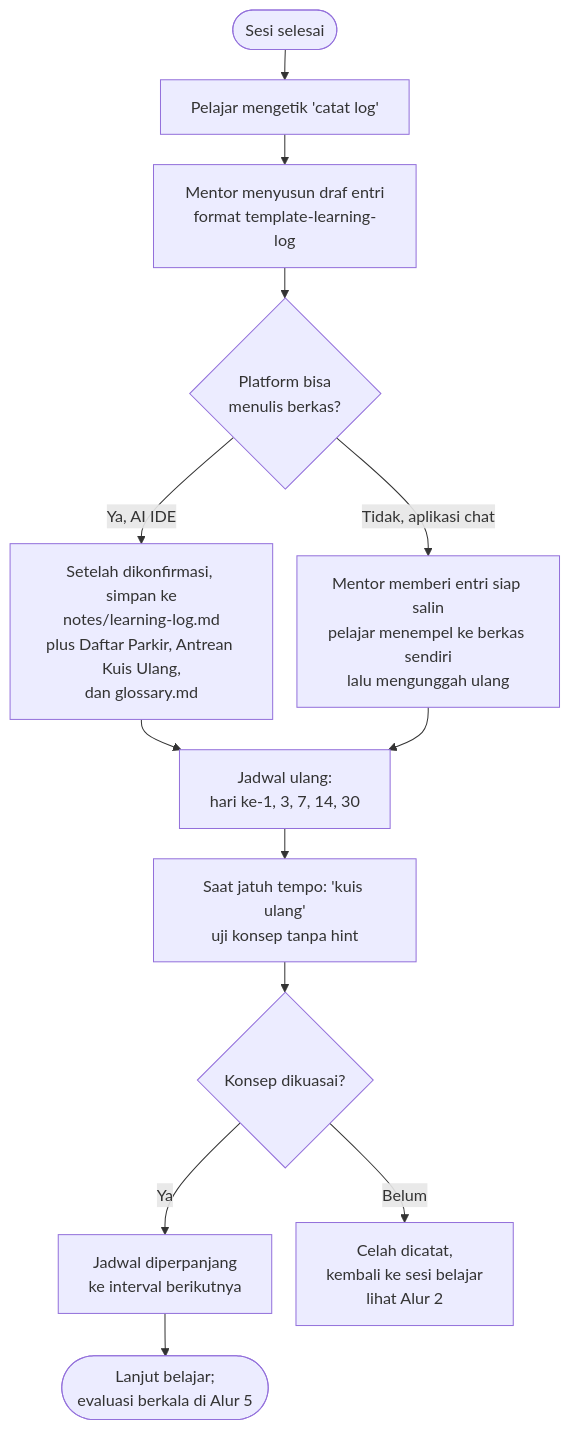
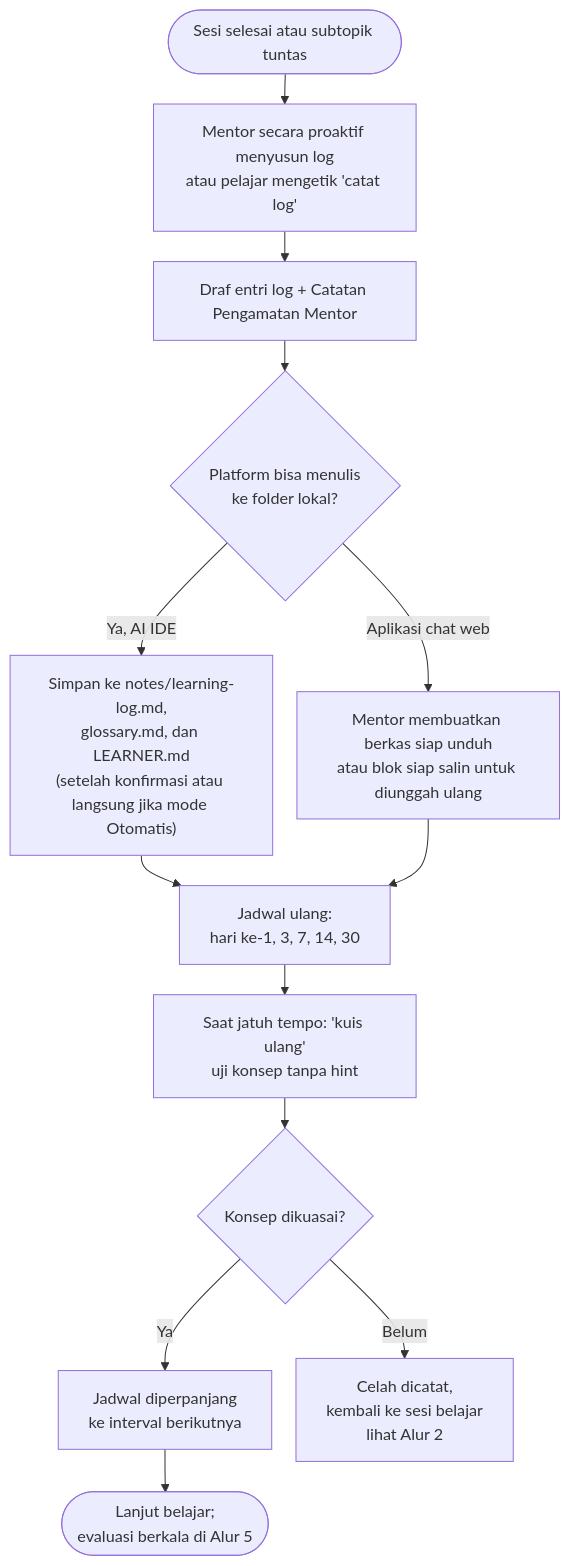
One commit to Raguna633/l2se changed the fifth of 7 diagrams in docs/cara-kerja.md. Above: the diagram before and after it, drawn with Mermaid. The commit also changed other lines of this file and 4 other files, not shown here.

First line of the commit message:
feat(memory): tambah pembaruan memori proaktif, catatan pengamatan mentor, dan berkas unduhan web chat

````diff
--- a/docs/cara-kerja.md
+++ b/docs/cara-kerja.md
@@ -144,16 +144,16 @@
 ```mermaid
 %%{init: {"flowchart": {"nodeSpacing": 24, "rankSpacing": 30}}}%%
 flowchart TD
-    A(["Sesi selesai"]) --> B["Pelajar mengetik 'catat log'"]
-    B --> C["Mentor menyusun draf entri<br/>format template-learning-log"]
-    C --> D{"Platform bisa<br/>menulis berkas?"}
-    D -->|"Ya, AI IDE"| E["Setelah dikonfirmasi, simpan ke<br/>notes/learning-log.md<br/>plus Daftar Parkir, Antrean Kuis Ulang,<br/>dan glossary.md"]
-    D -->|"Tidak, aplikasi chat"| F["Mentor memberi entri siap salin<br/>pelajar menempel ke berkas sendiri<br/>lalu mengunggah ulang"]
+    A(["Sesi selesai atau subtopik tuntas"]) --> B["Mentor secara proaktif menyusun log<br/>atau pelajar mengetik 'catat log'"]
+    B --> C["Draf entri log + Catatan Pengamatan Mentor"]
+    C --> D{"Platform bisa menulis<br/>ke folder lokal?"}
+    D -->|"Ya, AI IDE"| E["Simpan ke notes/learning-log.md,<br/>glossary.md, dan LEARNER.md<br/>(setelah konfirmasi atau langsung jika mode Otomatis)"]
+    D -->|"Aplikasi chat web"| F["Mentor membuatkan berkas siap unduh<br/>atau blok siap salin untuk diunggah ulang"]
     E --> G
     F --> G
     G["Jadwal ulang:<br/>hari ke-1, 3, 7, 14, 30"] --> H["Saat jatuh tempo: 'kuis ulang'<br/>uji konsep tanpa hint"]
     H --> I{"Konsep dikuasai?"}
     I -->|"Ya"| J["Jadwal diperpanjang<br/>ke interval berikutnya"]
     I -->|"Belum"| K["Celah dicatat,<br/>kembali ke sesi belajar<br/>lihat Alur 2"]
     J --> L(["Lanjut belajar;<br/>evaluasi berkala di Alur 5"])
 ```
````
